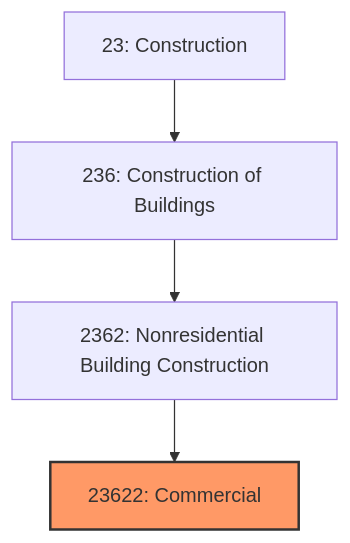
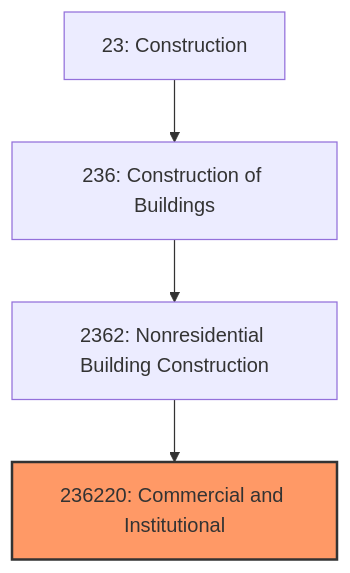
The first of 3 diagrams in industries/Construction/ConstructionOfBuildings/NonresidentialBuildingConstruction/Commercial.mdx (kziemski/business.org.ai), drawn with Mermaid before and after one commit. The commit also changed other lines of this file and 67 other files, not shown here.

````diff
--- a/industries/Construction/ConstructionOfBuildings/NonresidentialBuildingConstruction/Commercial.mdx
+++ b/industries/Construction/ConstructionOfBuildings/NonresidentialBuildingConstruction/Commercial.mdx
@@ -20,8 +38,8 @@
 ```mermaid
 graph TD
     S23["23: Construction"]
     S23 --> N236["236: Construction of Buildings"]
     N236 --> N2362["2362: Nonresidential Building Construction"]
-    N2362 --> N23622["23622: Commercial"]
-    style N23622 fill:#f96,stroke:#333,stroke-width:2px
+    N2362 --> N236220["236220: Commercial and Institutional"]
+    style N236220 fill:#f96,stroke:#333,stroke-width:2px
 ```
````
